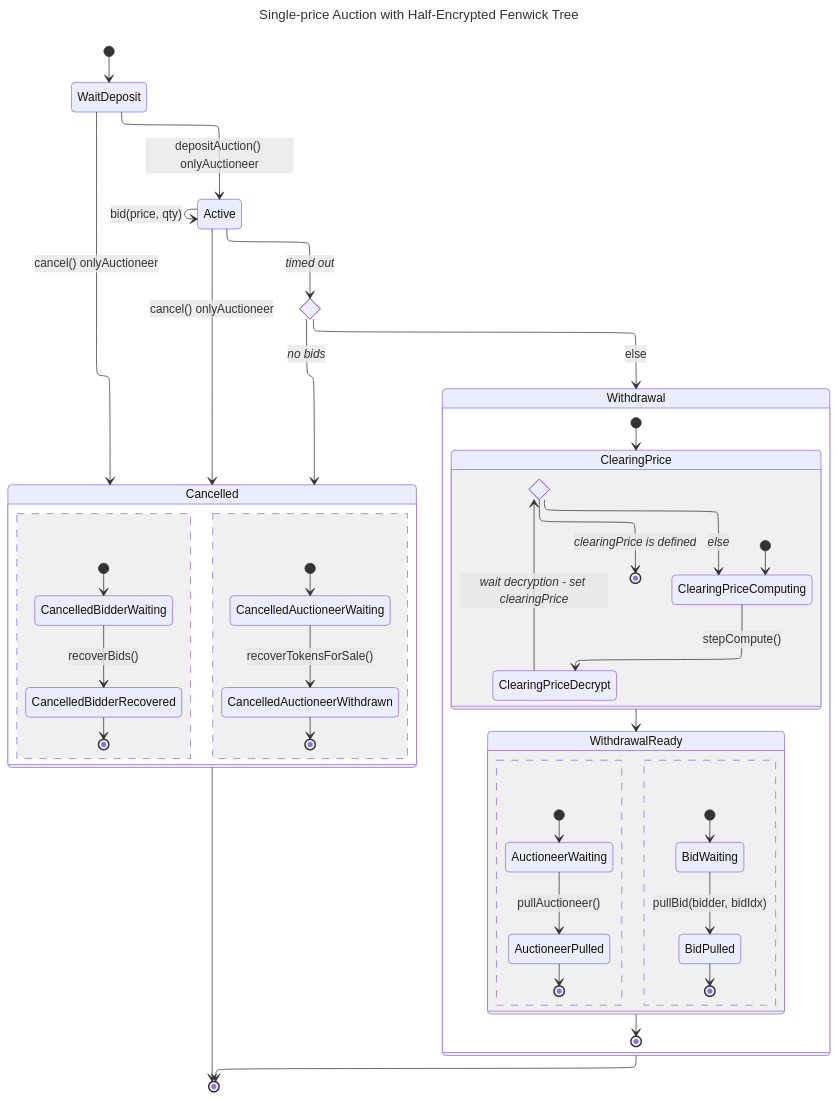
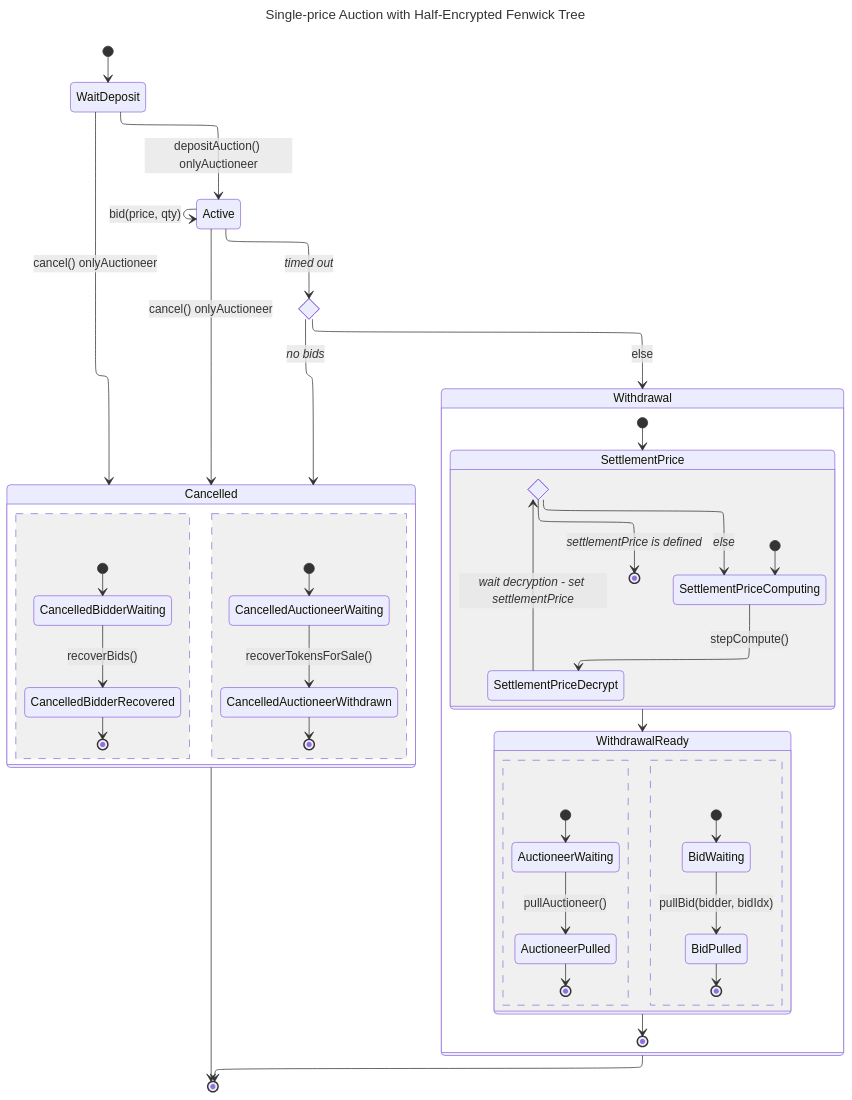
The diagram in docs/state.md (palra/zama-bounty-confidential-auction), drawn with Mermaid before and after one commit. The commit also changed 4 other files, not shown here.

Commit message:
chore: change "clearing" price to "settlement" price

````diff
--- a/docs/state.md
+++ b/docs/state.md
@@ -1,62 +1,62 @@
 ```mermaid
 ---
 title: Single-price Auction with Half-Encrypted Fenwick Tree
 config:
   layout: elk
 ---
 stateDiagram-v2
     [*] --> WaitDeposit
 
     WaitDeposit --> Active: depositAuction() onlyAuctioneer
     WaitDeposit --> Cancelled: cancel() onlyAuctioneer
 
     Active --> Active: bid(price, qty)
     Active --> Cancelled: cancel() onlyAuctioneer
 
     state CheckBidders <<choice>>
 
     CheckBidders --> Cancelled: _no bids_
     CheckBidders --> Withdrawal: else
 
     Active --> CheckBidders: _timed out_
 
     state Withdrawal {
 
-      [*] -->  ClearingPrice
-      state ClearingPrice {
-        state ClearingPrice_IsFinished <<choice>>
-        [*] --> ClearingPriceComputing
-        ClearingPriceComputing --> ClearingPriceDecrypt: stepCompute()
-        ClearingPriceDecrypt --> ClearingPrice_IsFinished: _wait decryption - set clearingPrice_
-          ClearingPrice_IsFinished --> [*]: _clearingPrice is defined_
-        ClearingPrice_IsFinished --> ClearingPriceComputing : _else_
+      [*] -->  SettlementPrice
+      state SettlementPrice {
+        state SettlementPrice_IsFinished <<choice>>
+        [*] --> SettlementPriceComputing
+        SettlementPriceComputing --> SettlementPriceDecrypt: stepCompute()
+        SettlementPriceDecrypt --> SettlementPrice_IsFinished: _wait decryption - set settlementPrice_
+          SettlementPrice_IsFinished --> [*]: _settlementPrice is defined_
+        SettlementPrice_IsFinished --> SettlementPriceComputing : _else_
       }
-      ClearingPrice --> WithdrawalReady
+      SettlementPrice --> WithdrawalReady
 
       state WithdrawalReady {
         [*] --> AuctioneerWaiting
         AuctioneerWaiting --> AuctioneerPulled: pullAuctioneer()
         AuctioneerPulled --> [*]
         --
         [*] --> BidWaiting
         BidWaiting --> BidPulled: pullBid(bidder, bidIdx)
         BidPulled --> [*]
       }
 
       WithdrawalReady --> [*]
     }
 
     Withdrawal --> [*]
 
     state Cancelled {
         [*] --> CancelledAuctioneerWaiting
         CancelledAuctioneerWaiting --> CancelledAuctioneerWithdrawn: recoverTokensForSale()
         CancelledAuctioneerWithdrawn --> [*]
         --
         [*] --> CancelledBidderWaiting
         CancelledBidderWaiting --> CancelledBidderRecovered: recoverBids()
         CancelledBidderRecovered --> [*]
     }
 
     Cancelled --> [*]
 ```
````
